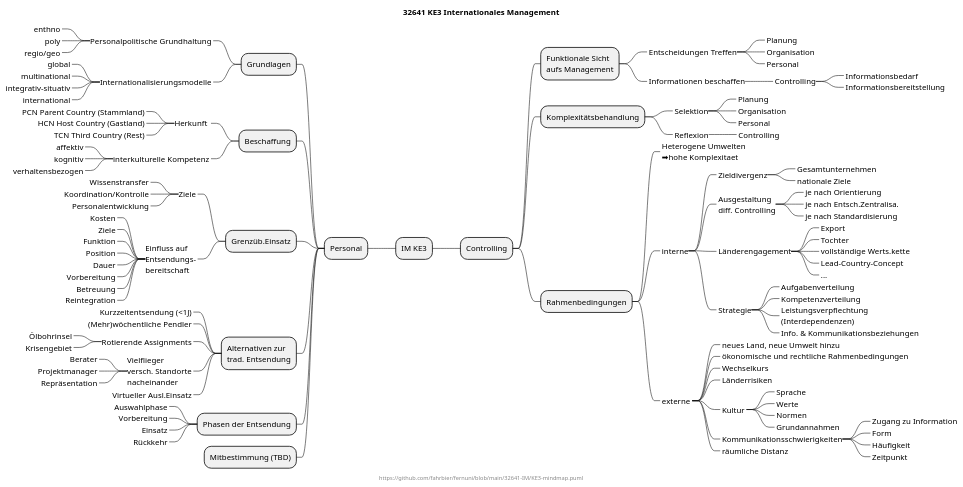
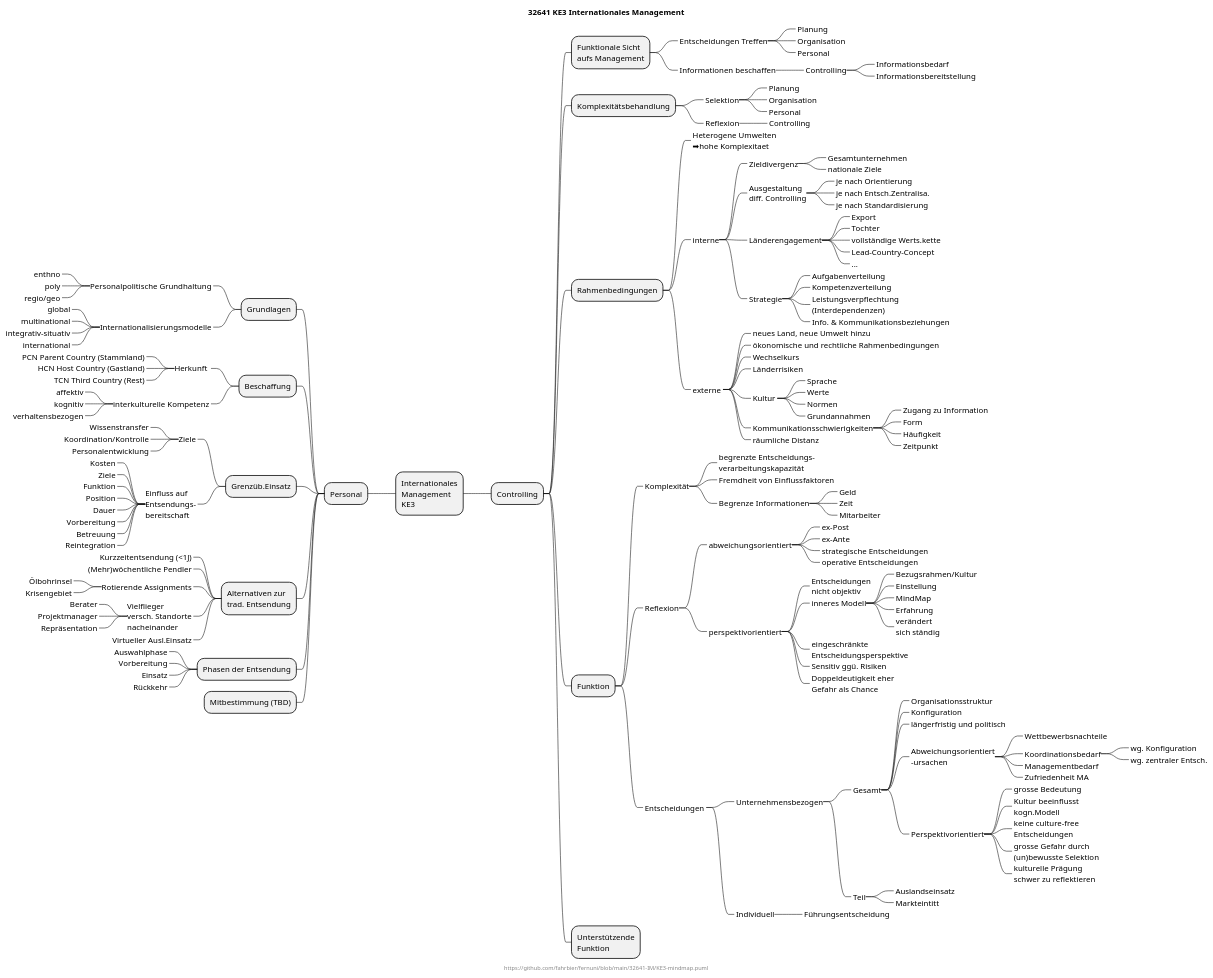
Before and after one commit to fahrbier/fernuni: the diagram in 32641-IM/KE3-mindmap.puml, drawn with PlantUML.

Commit message:
working in controlling

```diff
--- a/32641-IM/KE3-mindmap.puml
+++ b/32641-IM/KE3-mindmap.puml
@@ -1,111 +1,176 @@
 @startmindmap
 title 32641 KE3 Internationales Management
 center footer https://github.com/fahrbier/fernuni/blob/main/32641-IM/KE3-mindmap.puml
 
-+ IM KE3
++ Internationales\nManagement\nKE3
 -- Personal
 --- Grundlagen
 ----_ Personalpolitische Grundhaltung
 -----_ enthno
 -----_ poly
 -----_ regio/geo
 ----_ Internationalisierungsmodelle
 -----_ global
 -----_ multinational
 -----_ integrativ-situativ
 -----_ international
 --- Beschaffung
 ----_ Herkunft 
 -----_ PCN Parent Country (Stammland)
 -----_ HCN Host Country (Gastland)
 -----_ TCN Third Country (Rest)
 ----_ interkulturelle Kompetenz
 -----_ affektiv
 -----_ kognitiv
 -----_ verhaltensbezogen
 --- Grenzüb.Einsatz
 ----_ Ziele
 -----_ Wissenstransfer
 -----_ Koordination/Kontrolle
 -----_ Personalentwicklung
 ----_ Einfluss auf\nEntsendungs-\nbereitschaft
 -----_ Kosten
 -----_ Ziele
 -----_ Funktion
 -----_ Position
 -----_ Dauer
 -----_ Vorbereitung
 -----_ Betreuung
 -----_ Reintegration
 --- Alternativen zur\ntrad. Entsendung
 ----_ Kurzzeitentsendung (<1J)
 ----_ (Mehr)wöchentliche Pendler
 ----_ Rotierende Assignments
 -----_ Ölbohrinsel
 -----_ Krisengebiet
 ----_ Vielflieger\nversch. Standorte\nnacheinander
 -----_  Berater
 -----_  Projektmanager
 -----_  Repräsentation
 ----_ Virtueller Ausl.Einsatz
 --- Phasen der Entsendung
 ----_ Auswahlphase
 ----_ Vorbereitung
 ----_ Einsatz
 ----_ Rückkehr
 --- Mitbestimmung (TBD)
 ++ Controlling
 +++ Funktionale Sicht\naufs Management
 ++++_ Entscheidungen Treffen
 +++++_ Planung
 +++++_ Organisation
 +++++_ Personal
 ++++_ Informationen beschaffen
 +++++_ Controlling
 ++++++_ Informationsbedarf
 ++++++_ Informationsbereitstellung
 +++ Komplexitätsbehandlung
 ++++_ Selektion
 +++++_ Planung
 +++++_ Organisation
 +++++_ Personal
 ++++_ Reflexion
 +++++_ Controlling
 +++ Rahmenbedingungen
 ++++_ Heterogene Umwelten\n➡hohe Komplexitaet
 ++++_ interne
 +++++_ Zieldivergenz
 ++++++_ Gesamtunternehmen
 ++++++_ nationale Ziele
 +++++_ Ausgestaltung\ndiff. Controlling
 ++++++_ je nach Orientierung
 ++++++_ je nach Entsch.Zentralisa.
 ++++++_ je nach Standardisierung
 +++++_ Länderengagement
 ++++++_ Export
 ++++++_ Tochter
 ++++++_ vollständige Werts.kette
 ++++++_ Lead-Country-Concept 
 ++++++_ ...
 +++++_ Strategie
 ++++++_ Aufgabenverteilung
 ++++++_ Kompetenzverteilung
 ++++++_ Leistungsverpflechtung\n(Interdependenzen) 
 ++++++_ Info. & Kommunikationsbeziehungen
 ++++_ externe 
 +++++_ neues Land, neue Umwelt hinzu
 +++++_ ökonomische und rechtliche Rahmenbedingungen
 +++++_ Wechselkurs
 +++++_ Länderrisiken
 +++++_ Kultur 
 ++++++_ Sprache
 ++++++_ Werte
 ++++++_ Normen
 ++++++_ Grundannahmen
 +++++_ Kommunikationsschwierigkeiten
 ++++++_ Zugang zu Information
 ++++++_ Form 
 ++++++_ Häufigkeit
 ++++++_ Zeitpunkt
 +++++_ räumliche Distanz
++++ Funktion
+++++_ Komplexität
++++++_ begrenzte Entscheidungs-\nverarbeitungskapazität
++++++_ Fremdheit von Einflussfaktoren
++++++_ Begrenze Informationen
+++++++_ Geld
+++++++_ Zeit
+++++++_ Mitarbeiter
+++++_ Reflexion
++++++_ abweichungsorientiert
+++++++_ ex-Post 
+++++++_ ex-Ante 
+
+++++++_ strategische Entscheidungen
+++++++_ operative Entscheidungen
++++++_ perspektivorientiert
+++++++_ Entscheidungen\nnicht objektiv
+++++++_ inneres Modell
++++++++_ Bezugsrahmen/Kultur        
++++++++_ Einstellung
++++++++_ MindMap
++++++++_ Erfahrung
++++++++_ verändert\nsich ständig
+
+++++++_ eingeschränkte\nEntscheidungsperspektive
+++++++_ Sensitiv ggü. Risiken
+++++++_ Doppeldeutigkeit eher\nGefahr als Chance
+
+++++_ Entscheidungen 
++++++_ Unternehmensbezogen
+++++++_ Gesamt
++++++++_ Organisationsstruktur
++++++++_ Konfiguration
++++++++_ längerfristig und politisch
+
++++++++_ Abweichungsorientiert\n-ursachen
+++++++++_ Wettbewerbsnachteile
+++++++++_ Koordinationsbedarf
++++++++++_ wg. Konfiguration
++++++++++_ wg. zentraler Entsch.
+++++++++_ Managementbedarf
+++++++++_ Zufriedenheit MA
+
++++++++_ Perspektivorientiert
+++++++++_ grosse Bedeutung
+++++++++_ Kultur beeinflusst\nkogn.Modell
+++++++++_ keine culture-free\nEntscheidungen
+++++++++_ grosse Gefahr durch\n(un)bewusste Selektion
+++++++++_ kulturelle Prägung\nschwer zu reflektieren
+
+
+
+
+++++++_ Teil
++++++++_ Auslandseinsatz
++++++++_ Markteintitt
++++++_ Individuell
+++++++_ Führungsentscheidung
+
+
+
+
++++ Unterstützende\nFunktion
+
+
 @endmindmap
```
